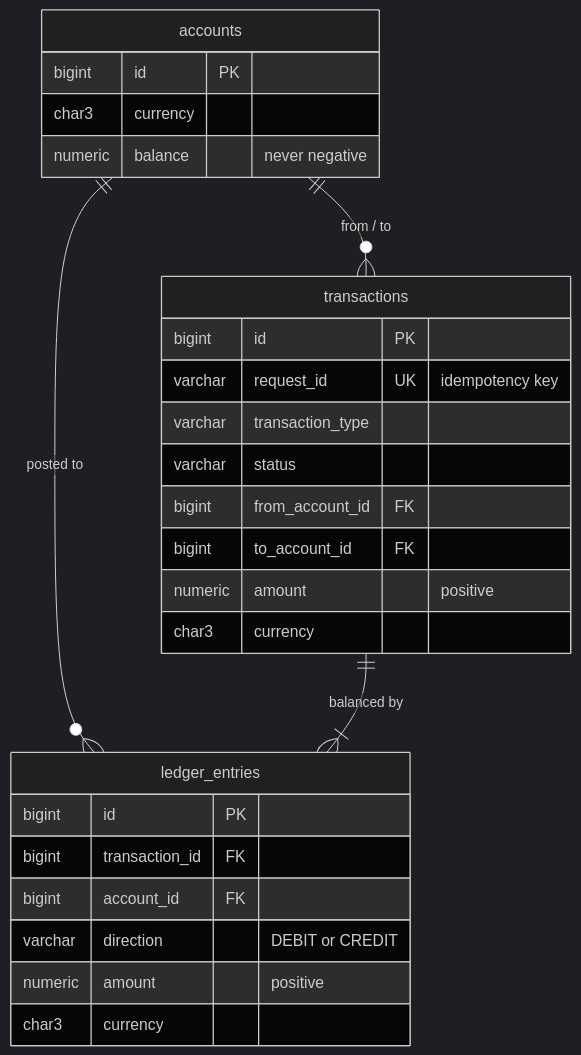
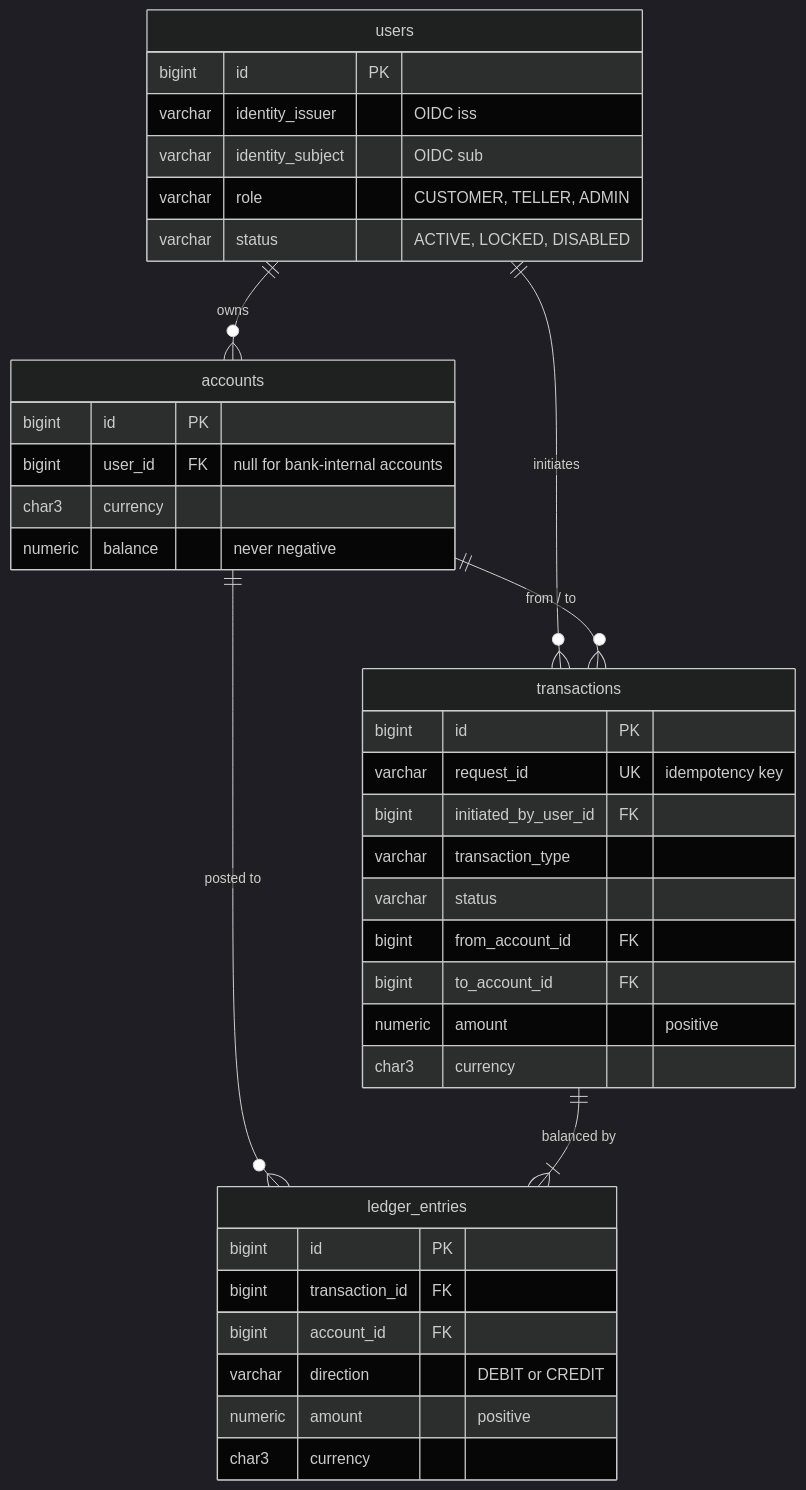
Before and after one commit to zhlzxa/core-banking-service: the diagram in docs/database.md, drawn with Mermaid (dark theme). The commit also changed other lines of this file and 3 other files, not shown here.

````diff
--- a/docs/database.md
+++ b/docs/database.md
@@ -9,30 +9,41 @@
 ```mermaid
 erDiagram
+    users ||--o{ accounts : "owns"
+    users ||--o{ transactions : "initiates"
     accounts ||--o{ transactions : "from / to"
     accounts ||--o{ ledger_entries : "posted to"
     transactions ||--|{ ledger_entries : "balanced by"
 
+    users {
+        bigint id PK
+        varchar identity_issuer "OIDC iss"
+        varchar identity_subject "OIDC sub"
+        varchar role "CUSTOMER, TELLER, ADMIN"
+        varchar status "ACTIVE, LOCKED, DISABLED"
+    }
     accounts {
         bigint id PK
+        bigint user_id FK "null for bank-internal accounts"
         char3 currency
         numeric balance "never negative"
     }
     transactions {
         bigint id PK
         varchar request_id UK "idempotency key"
+        bigint initiated_by_user_id FK
         varchar transaction_type
         varchar status
         bigint from_account_id FK
         bigint to_account_id FK
         numeric amount "positive"
         char3 currency
     }
     ledger_entries {
         bigint id PK
         bigint transaction_id FK
         bigint account_id FK
         varchar direction "DEBIT or CREDIT"
         numeric amount "positive"
         char3 currency
     }
 ```
````
